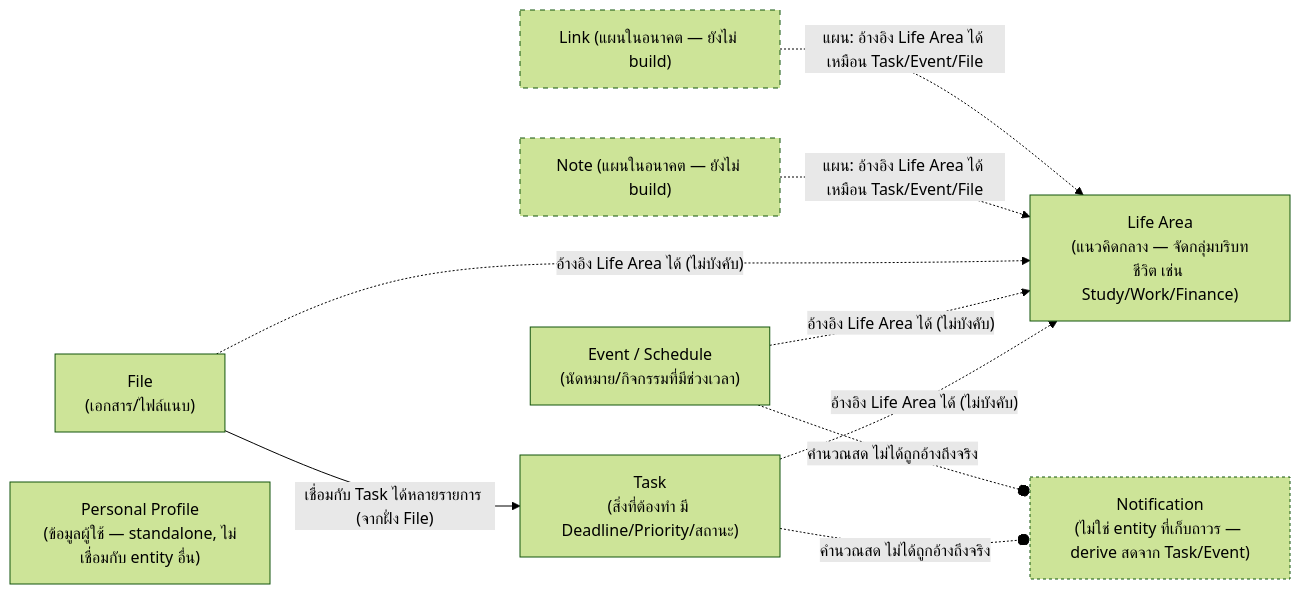
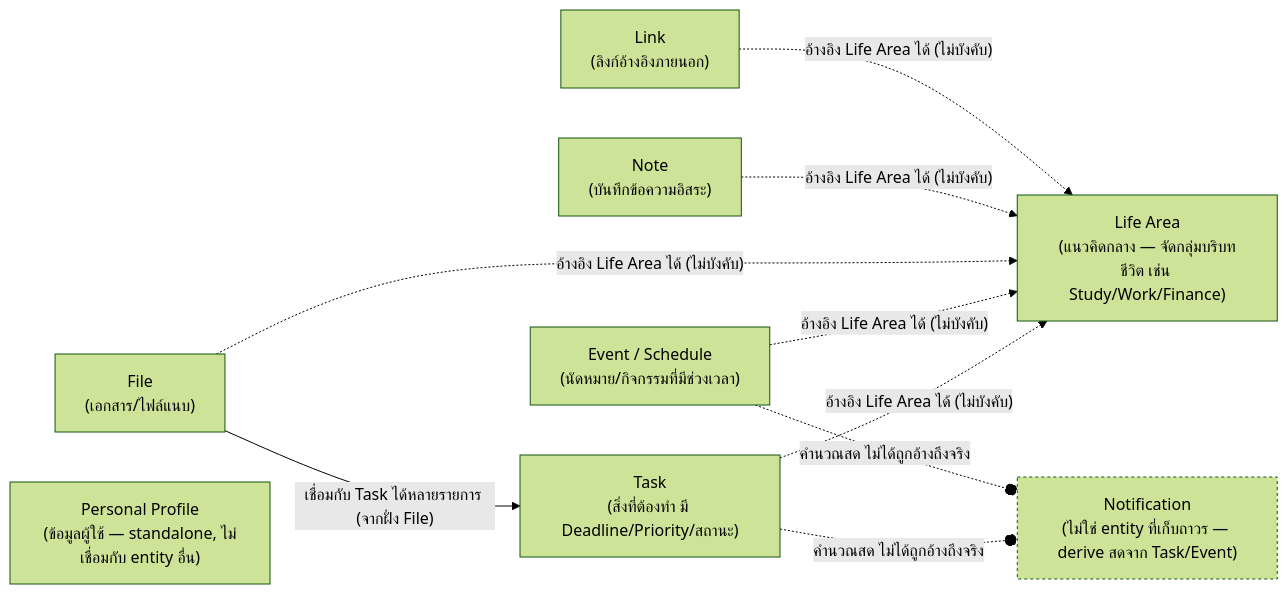
The third of 3 diagrams in .docs/02-design/02-technical/architecture.md (sirikorn-cmru/My-Today-Project), drawn with Mermaid (forest theme) before and after one commit. The commit also changed other lines of this file and 1 other file, not shown here.

First line of the commit message:
Reflect Sprint 8 completion in architecture.md

````diff
--- a/.docs/02-design/02-technical/architecture.md
+++ b/.docs/02-design/02-technical/architecture.md
@@ -67,24 +69,22 @@
 ```mermaid
 flowchart LR
     LifeArea["Life Area<br/>(แนวคิดกลาง — จัดกลุ่มบริบทชีวิต เช่น Study/Work/Finance)"]
     Task["Task<br/>(สิ่งที่ต้องทำ มี Deadline/Priority/สถานะ)"]
     Event["Event / Schedule<br/>(นัดหมาย/กิจกรรมที่มีช่วงเวลา)"]
     FileC["File<br/>(เอกสาร/ไฟล์แนบ)"]
     Notif["Notification<br/>(ไม่ใช่ entity ที่เก็บถาวร — derive สดจาก Task/Event)"]
     Profile["Personal Profile<br/>(ข้อมูลผู้ใช้ — standalone, ไม่เชื่อมกับ entity อื่น)"]
-    Note["Note (แผนในอนาคต — ยังไม่ build)"]
-    Link["Link (แผนในอนาคต — ยังไม่ build)"]
+    Note["Note<br/>(บันทึกข้อความอิสระ)"]
+    Link["Link<br/>(ลิงก์อ้างอิงภายนอก)"]
 
     Task -.->|"อ้างอิง Life Area ได้ (ไม่บังคับ)"| LifeArea
     Event -.->|"อ้างอิง Life Area ได้ (ไม่บังคับ)"| LifeArea
     FileC -.->|"อ้างอิง Life Area ได้ (ไม่บังคับ)"| LifeArea
     FileC -->|"เชื่อมกับ Task ได้หลายรายการ (จากฝั่ง File)"| Task
     Task -.-o|"คำนวณสด ไม่ได้ถูกอ้างถึงจริง"| Notif
     Event -.-o|"คำนวณสด ไม่ได้ถูกอ้างถึงจริง"| Notif
-    Note -.->|"แผน: อ้างอิง Life Area ได้ เหมือน Task/Event/File"| LifeArea
-    Link -.->|"แผน: อ้างอิง Life Area ได้ เหมือน Task/Event/File"| LifeArea
+    Note -.->|"อ้างอิง Life Area ได้ (ไม่บังคับ)"| LifeArea
+    Link -.->|"อ้างอิง Life Area ได้ (ไม่บังคับ)"| LifeArea
 
-    style Note stroke-dasharray: 5 5
-    style Link stroke-dasharray: 5 5
     style Notif stroke-dasharray: 3 3
 ```
````
